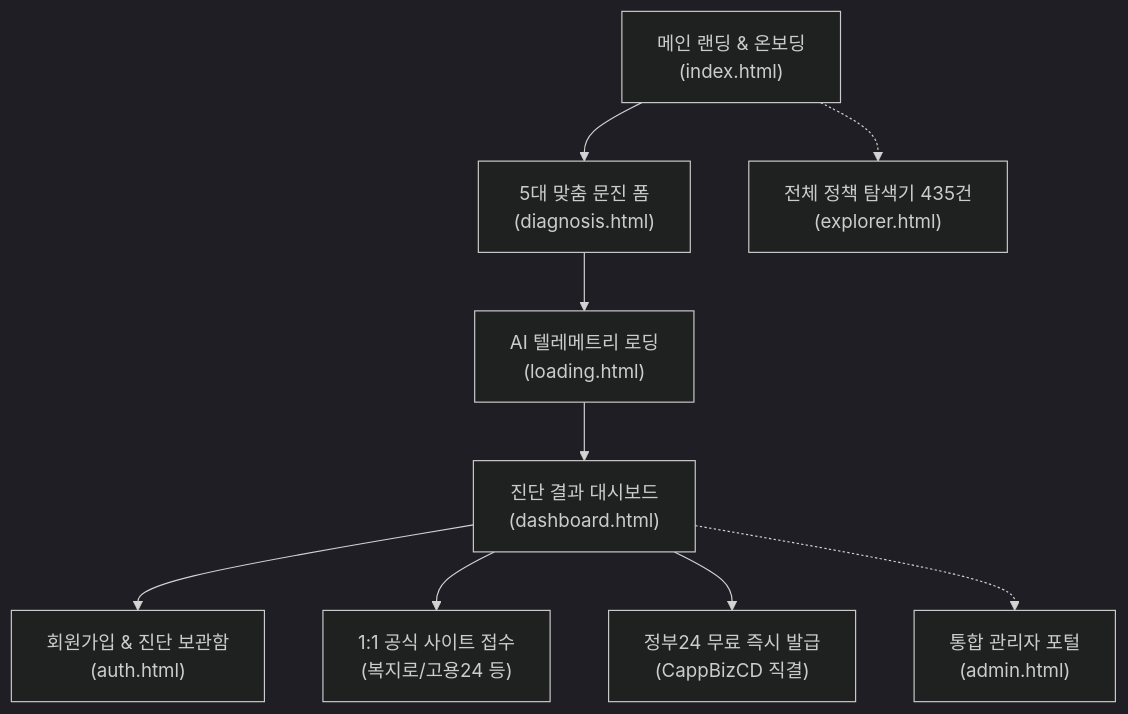
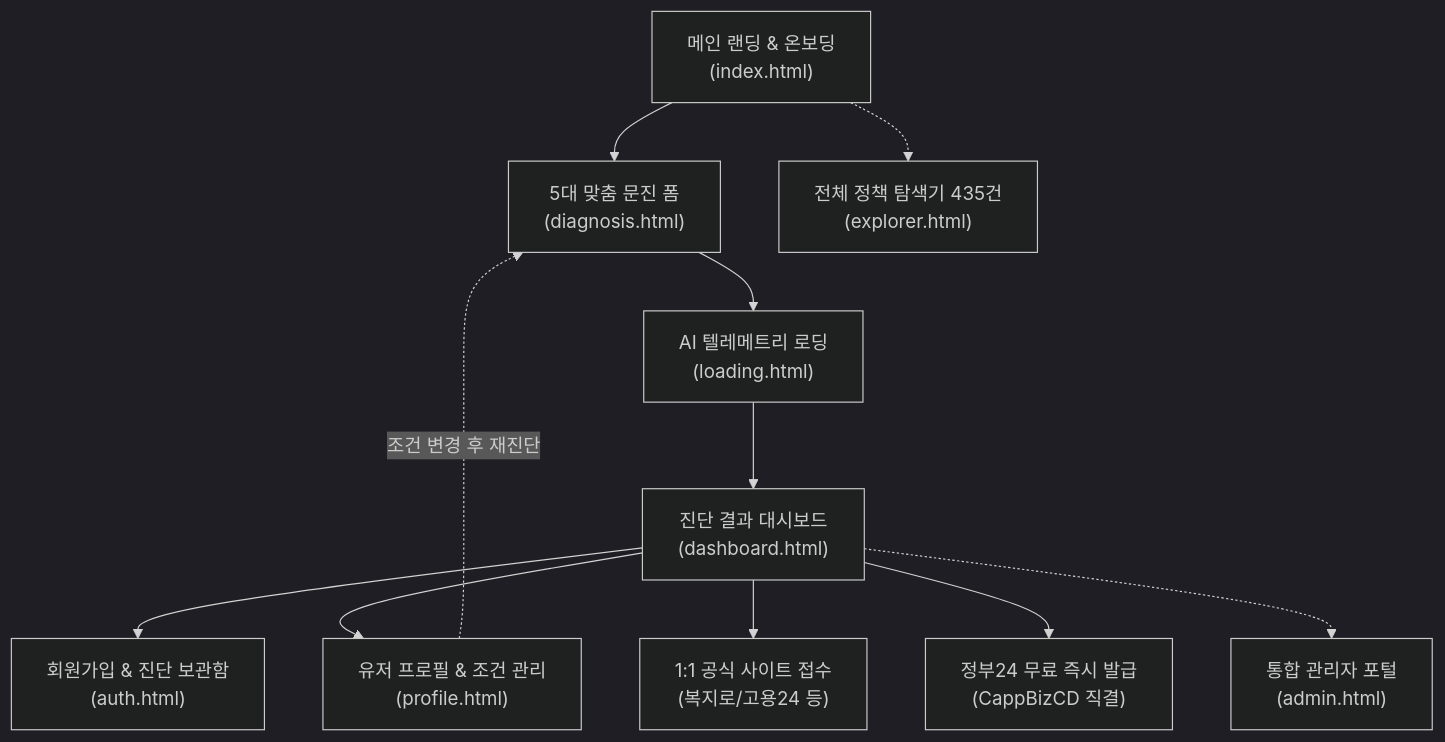
The first of 2 diagrams in README.md (rkeuni0i/YouthFit), drawn with Mermaid (dark theme) before and after one commit. The commit also changed other lines of this file and 7 other files, not shown here.

````diff
--- a/README.md
+++ b/README.md
@@ -113,11 +126,13 @@
 ```mermaid
 flowchart TD
     A["메인 랜딩 & 온보딩<br>(index.html)"] --> B["5대 맞춤 문진 폼<br>(diagnosis.html)"]
     B --> C["AI 텔레메트리 로딩<br>(loading.html)"]
     C --> D["진단 결과 대시보드<br>(dashboard.html)"]
     D --> E["회원가입 & 진단 보관함<br>(auth.html)"]
+    D --> P["유저 프로필 & 조건 관리<br>(profile.html)"]
     D --> F["1:1 공식 사이트 접수<br>(복지로/고용24 등)"]
     D --> G["정부24 무료 즉시 발급<br>(CappBizCD 직결)"]
     A -.-> H["전체 정책 탐색기 435건<br>(explorer.html)"]
     D -.-> I["통합 관리자 포털<br>(admin.html)"]
+    P -.->|조건 변경 후 재진단| B
 ```
````
